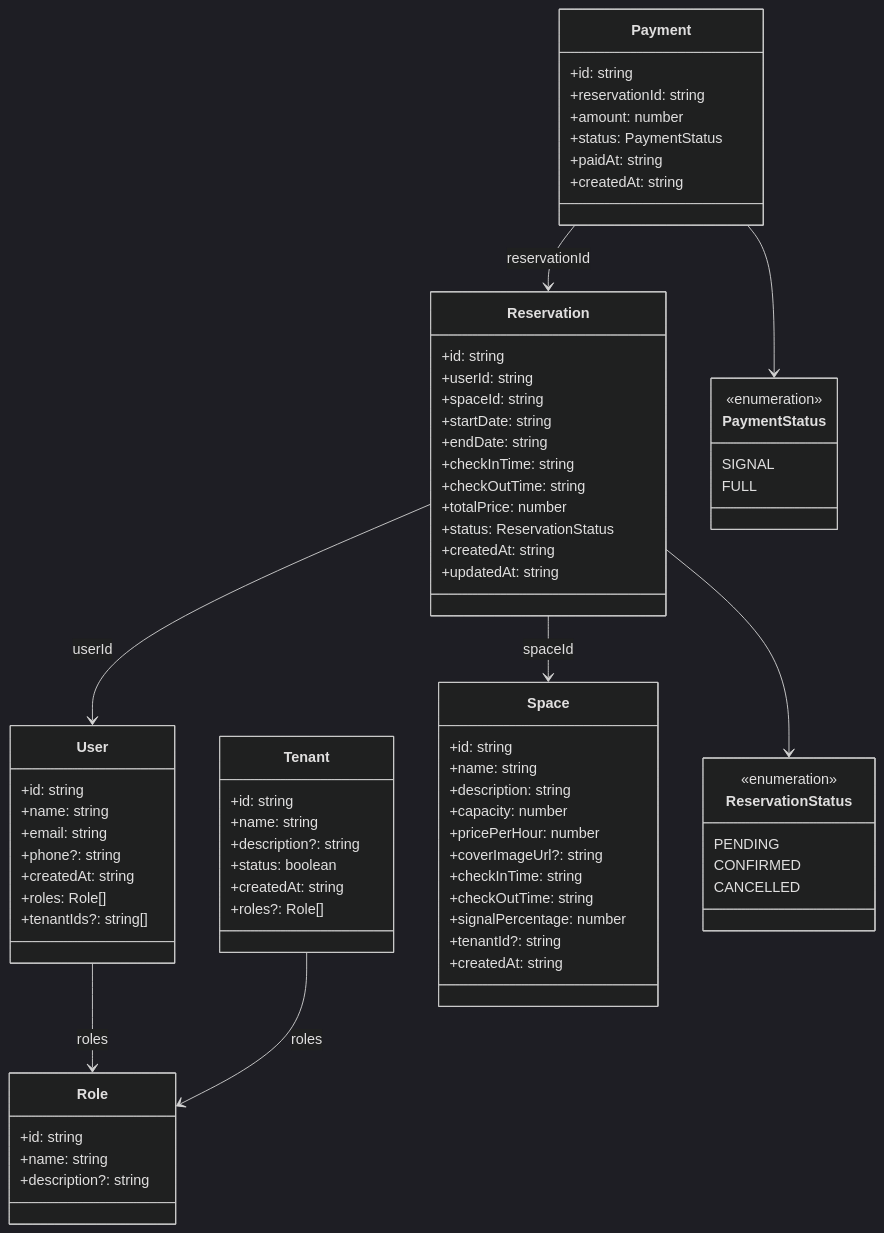
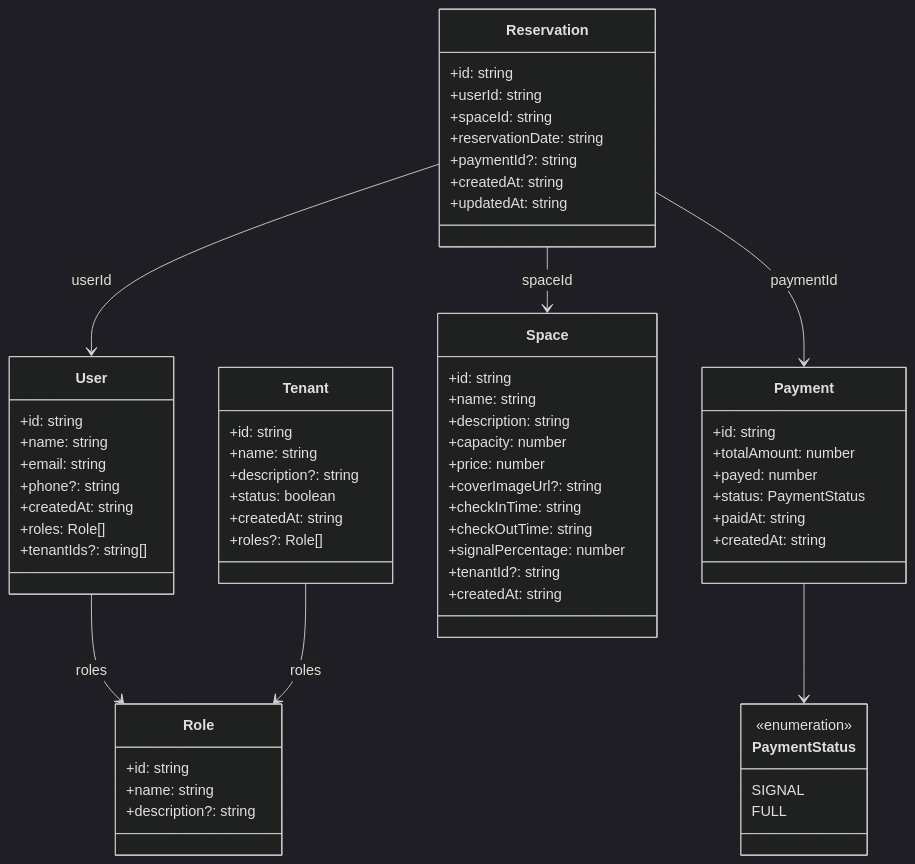
Before and after one commit to Ribapax/desSoft2502: the diagram in uml/diagrama-classes.mmd, drawn with Mermaid (dark theme). The commit also changed 33 other files, not shown here.

```diff
--- a/uml/diagrama-classes.mmd
+++ b/uml/diagrama-classes.mmd
@@ -1,83 +1,71 @@
 classDiagram
     class Tenant {
         +id: string
         +name: string
         +description?: string
         +status: boolean
         +createdAt: string
         +roles?: Role[]
     }
 
     class Role {
         +id: string
         +name: string
         +description?: string
     }
 
     class User {
         +id: string
         +name: string
         +email: string
         +phone?: string
         +createdAt: string
         +roles: Role[]
         +tenantIds?: string[]
     }
 
     class Space {
         +id: string
         +name: string
         +description: string
         +capacity: number
-        +pricePerHour: number
+        +price: number
         +coverImageUrl?: string
         +checkInTime: string
         +checkOutTime: string
         +signalPercentage: number
         +tenantId?: string
         +createdAt: string
     }
 
     class Reservation {
         +id: string
         +userId: string
         +spaceId: string
-        +startDate: string
-        +endDate: string
-        +checkInTime: string
-        +checkOutTime: string
-        +totalPrice: number
-        +status: ReservationStatus
+        +reservationDate: string
+        +paymentId?: string
         +createdAt: string
         +updatedAt: string
     }
 
     class Payment {
         +id: string
-        +reservationId: string
-        +amount: number
+        +totalAmount: number
+        +payed: number
         +status: PaymentStatus
         +paidAt: string
         +createdAt: string
-    }
-
-    class ReservationStatus {
-        <<enumeration>>
-        PENDING
-        CONFIRMED
-        CANCELLED
     }
 
     class PaymentStatus {
         <<enumeration>>
         SIGNAL
         FULL
     }
 
     Reservation --> User : userId
     Reservation --> Space : spaceId
-    Payment --> Reservation : reservationId
-    Reservation --> ReservationStatus
+    Reservation --> Payment : paymentId
     Payment --> PaymentStatus
     User --> Role : roles
     Tenant --> Role : roles
```
